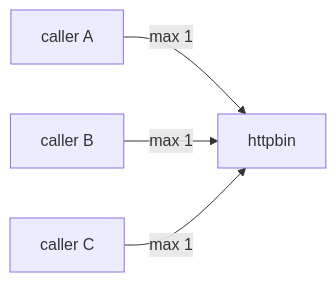
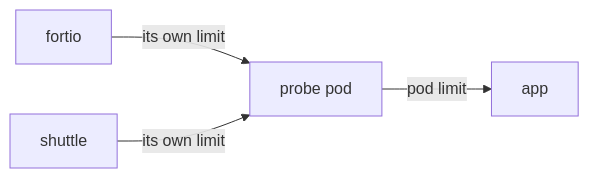
Before and after one commit to astrona-io/ATS014: the first of 2 diagrams in sections/section-040/module-02/course-03-scope-verification-and-retry-amplification.md, drawn with Mermaid. The commit also changed other lines of this file and 813 other files, not shown here.

````diff
--- a/sections/section-040/module-02/course-03-scope-verification-and-retry-amplification.md
+++ b/sections/section-040/module-02/course-03-scope-verification-and-retry-amplification.md
@@ -41,6 +72,6 @@
 ```mermaid
 flowchart LR
-    A["caller A"] -->|"max 1"| B["httpbin"]
-    C["caller B"] -->|"max 1"| B
-    D["caller C"] -->|"max 1"| B
+    A["fortio"] -->|"its own limit"| P["probe pod"]
+    S["shuttle"] -->|"its own limit"| P
+    P -->|"pod limit"| X["app"]
 ```
````
